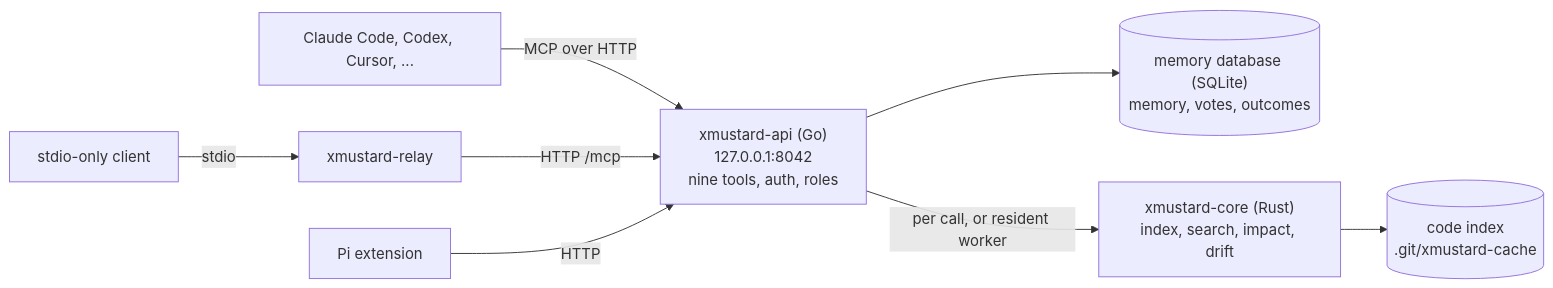
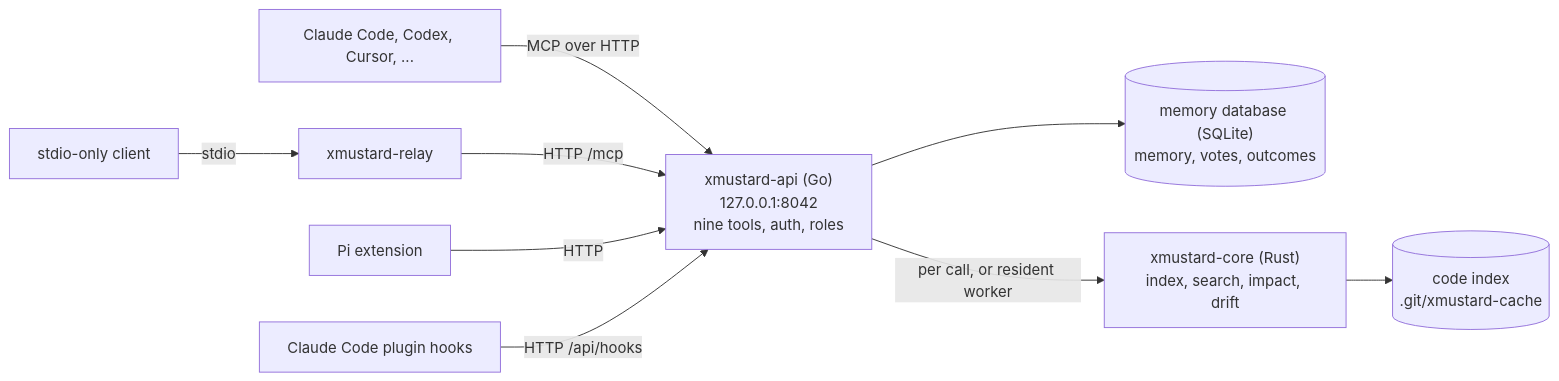
The diagram in README.md (just-very-queer/xMustard), drawn with Mermaid before and after one commit. The commit also changed other lines of this file and 5 other files, not shown here.

````diff
--- a/README.md
+++ b/README.md
@@ -356,9 +389,10 @@
 ```mermaid
 flowchart LR
   A["Claude Code, Codex, Cursor, ..."] -- "MCP over HTTP" --> API
   S["stdio-only client"] -- stdio --> R["xmustard-relay"] -- "HTTP /mcp" --> API
   P["Pi extension"] -- HTTP --> API
+  H["Claude Code plugin hooks"] -- "HTTP /api/hooks" --> API
   API["xmustard-api (Go)<br/>127.0.0.1:8042<br/>nine tools, auth, roles"] --> G[("memory database (SQLite)<br/>memory, votes, outcomes")]
   API -- "per call, or resident worker" --> C["xmustard-core (Rust)<br/>index, search, impact, drift"]
   C --> I[("code index<br/>.git/xmustard-cache")]
 ```
````
